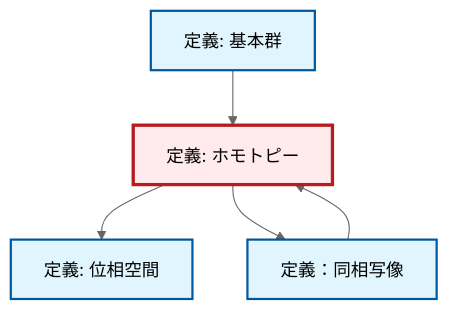
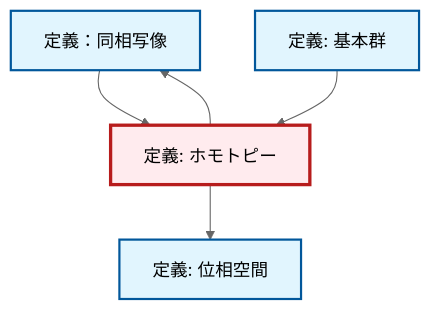
Before and after one commit to RK0429/ModernMath: the diagram in content/ja/topology/def-homotopy.qmd, drawn with Mermaid (neutral theme). The commit also changed other lines of this file and 328 other files, not shown here.

````diff
--- a/content/ja/topology/def-homotopy.qmd
+++ b/content/ja/topology/def-homotopy.qmd
@@ -100,21 +100,21 @@
 ```{mermaid}
 %%| fig-cap: "ローカル依存関係グラフ"
 graph TD
     classDef definition fill:#e1f5fe,stroke:#01579b,stroke-width:2px
     classDef theorem fill:#f3e5f5,stroke:#4a148c,stroke-width:2px
     classDef axiom fill:#fff3e0,stroke:#e65100,stroke-width:2px
     classDef example fill:#e8f5e9,stroke:#1b5e20,stroke-width:2px
     classDef current fill:#ffebee,stroke:#b71c1c,stroke-width:3px
+    def-homeomorphism["定義：同相写像"]:::definition
+    def-fundamental-group["定義: 基本群"]:::definition
     def-topological-space["定義: 位相空間"]:::definition
     def-homotopy["定義: ホモトピー"]:::definition
-    def-homeomorphism["定義：同相写像"]:::definition
-    def-fundamental-group["定義: 基本群"]:::definition
+    def-homeomorphism --> def-homotopy
+    def-homotopy --> def-homeomorphism
     def-homotopy --> def-topological-space
-    def-homeomorphism --> def-homotopy
     def-fundamental-group --> def-homotopy
-    def-homotopy --> def-homeomorphism
     class def-homotopy current
-    click def-topological-space "def-topological-space.html" "位相空間の定義へ"
     click def-homeomorphism "def-homeomorphism.html" "定義：同相写像へ"
     click def-fundamental-group "def-fundamental-group.html" "基本群の定義へ"
+    click def-topological-space "def-topological-space.html" "位相空間の定義へ"
 ```
````
